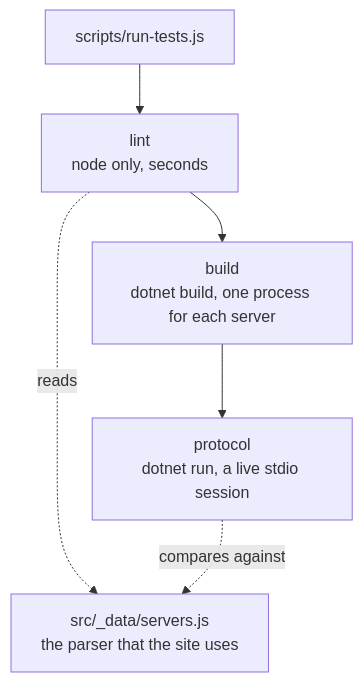
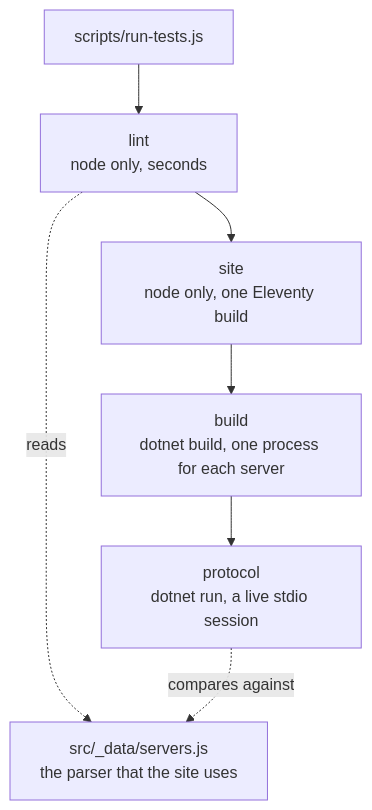
One commit to xakpc/anymcp-io changed the first of 2 diagrams in .lode/catalog/automated-testing.md. Above: the diagram before and after it, drawn with Mermaid. The commit also changed other lines of this file and 28 other files, not shown here.

````diff
--- a/.lode/catalog/automated-testing.md
+++ b/.lode/catalog/automated-testing.md
@@ -8,8 +8,9 @@
 ```mermaid
 flowchart TD
     A["scripts/run-tests.js"] --> B["lint<br/>node only, seconds"]
-    B --> C["build<br/>dotnet build, one process for each server"]
+    B --> S["site<br/>node only, one Eleventy build"]
+    S --> C["build<br/>dotnet build, one process for each server"]
     C --> D["protocol<br/>dotnet run, a live stdio session"]
     B -. "reads" .-> P["src/_data/servers.js<br/>the parser that the site uses"]
     D -. "compares against" .-> P
 ```
````
